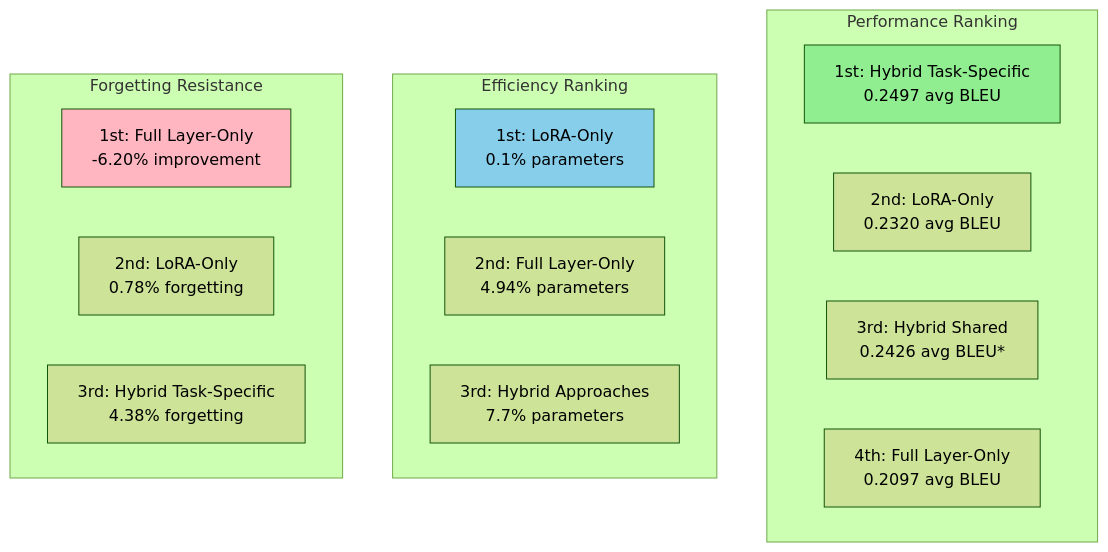
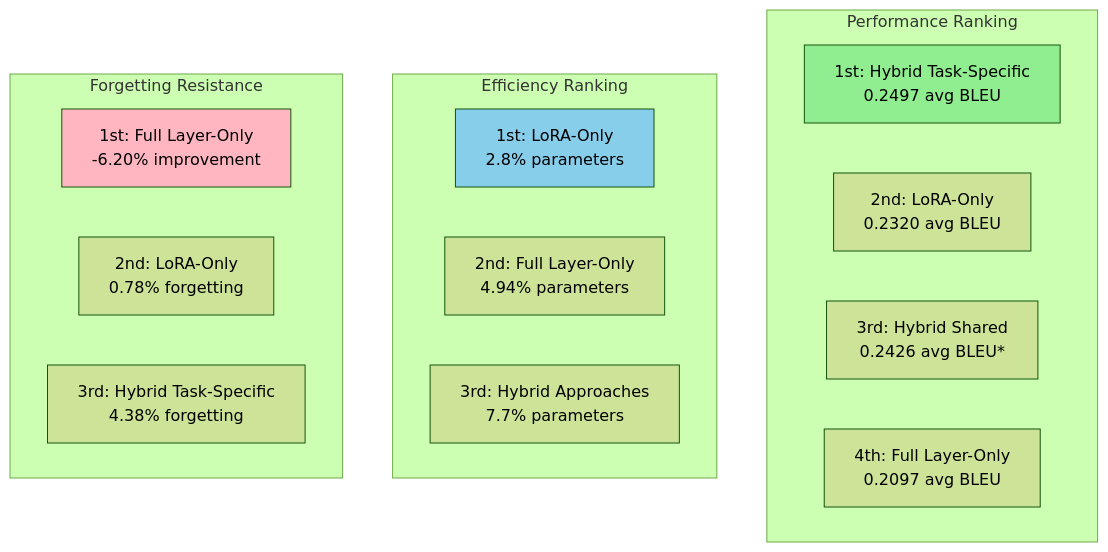
The tenth of 20 diagrams in analysis/comprehensive_continual_learning_analysis.md (bitrifttech/llm_expansion_experiments), drawn with Mermaid (forest theme) before and after one commit. The commit also changed other lines of this file and 2 other files, not shown here.

````diff
--- a/analysis/comprehensive_continual_learning_analysis.md
+++ b/analysis/comprehensive_continual_learning_analysis.md
@@ -385,25 +391,25 @@
 ```mermaid
 graph TD
     subgraph "Performance Ranking"
         A[1st: Hybrid Task-Specific<br/>0.2497 avg BLEU]
         B[2nd: LoRA-Only<br/>0.2320 avg BLEU]
         C[3rd: Hybrid Shared<br/>0.2426 avg BLEU*]
         D[4th: Full Layer-Only<br/>0.2097 avg BLEU]
     end
     
     subgraph "Efficiency Ranking"
-        E[1st: LoRA-Only<br/>0.1% parameters]
+        E[1st: LoRA-Only<br/>2.8% parameters]
         F[2nd: Full Layer-Only<br/>4.94% parameters]
         G[3rd: Hybrid Approaches<br/>7.7% parameters]
     end
     
     subgraph "Forgetting Resistance"
         H[1st: Full Layer-Only<br/>-6.20% improvement]
         I[2nd: LoRA-Only<br/>0.78% forgetting]
         J[3rd: Hybrid Task-Specific<br/>4.38% forgetting]
     end
     
     style A fill:#90EE90
     style E fill:#87CEEB
     style H fill:#FFB6C1
 ```
````
